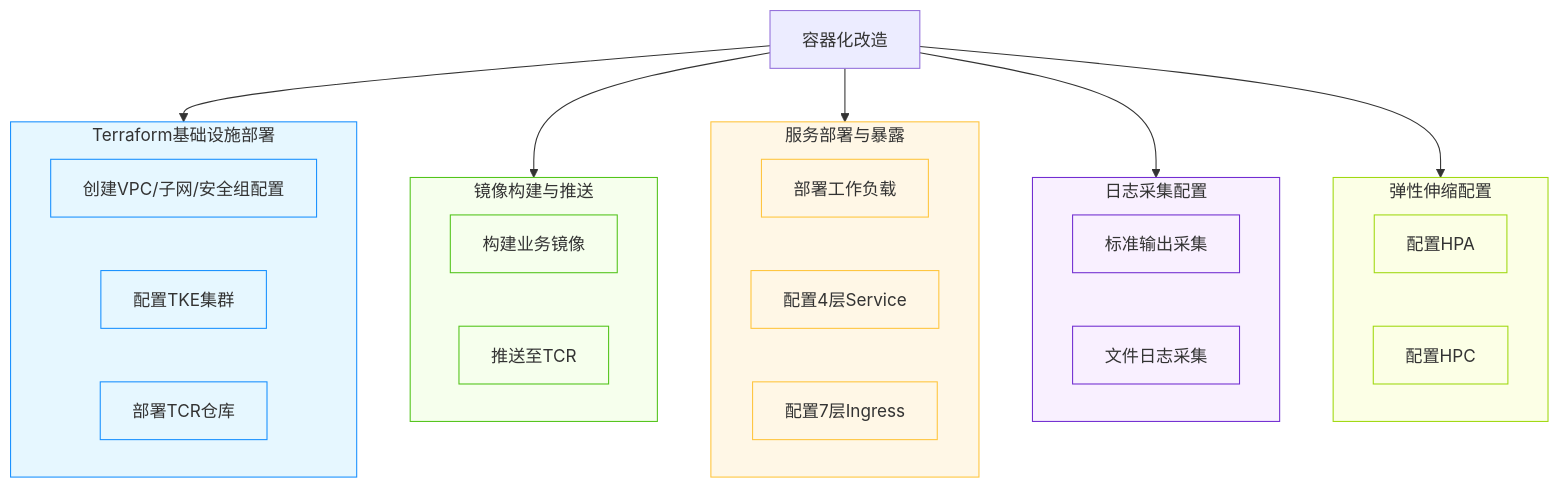
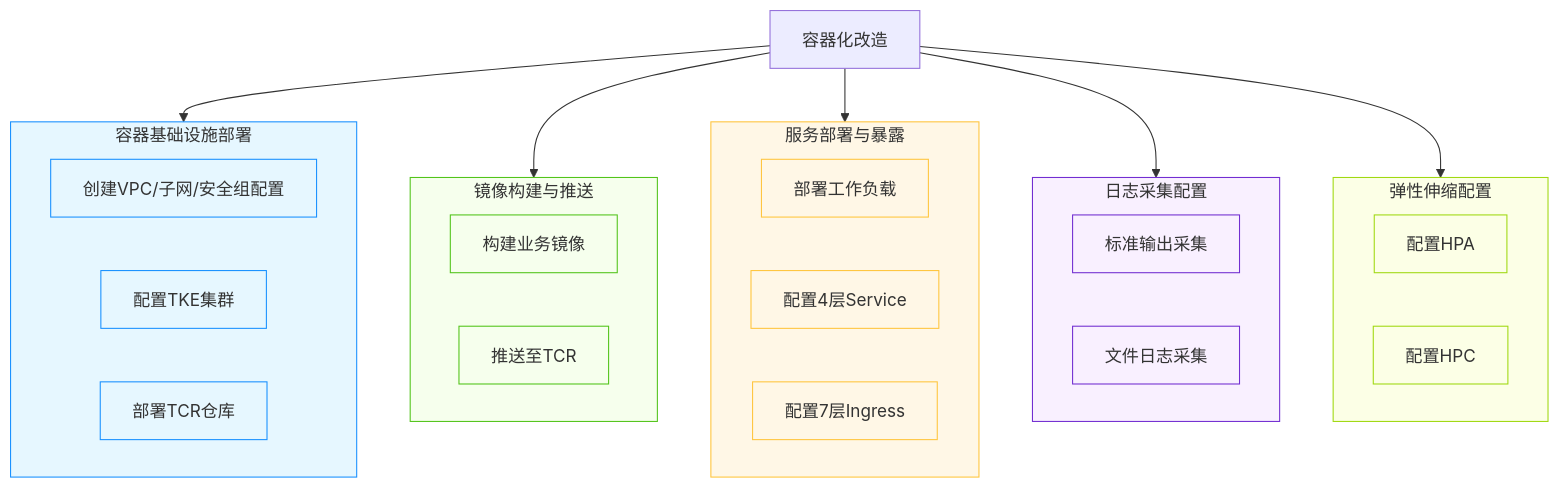
One commit to kestrelli/Enterprise-containerization-transformation changed the first of 2 diagrams in 容器化改造/README.md. Above: the diagram before and after it, drawn with Mermaid. The commit also changed other lines of this file, not shown here.

````diff
--- a/容器化改造/README.md
+++ b/容器化改造/README.md
@@ -19,70 +20,70 @@
 ```mermaid
 graph TD
     %% 主框架
     A[容器化改造]
-    A --> B[Terraform基础设施部署]
+    A --> B[容器基础设施部署]
     A --> C[镜像构建与推送]
     A --> D[服务部署与暴露]
     A --> E[日志采集配置]
     A --> F[弹性伸缩配置]
     
     %% 基础设施部署
-    subgraph B[Terraform基础设施部署]
+    subgraph B[容器基础设施部署]
         B1[创建VPC/子网/安全组配置]
         B2[配置TKE集群]
         B3[部署TCR仓库]
     end
     
     %% 镜像管理
     subgraph C[镜像构建与推送]
         C1[构建业务镜像]
         C2[推送至TCR]
     end
     
     %% 服务部署
     subgraph D[服务部署与暴露]
         D1[部署工作负载]
         D2[配置4层Service]
         D3[配置7层Ingress]
 
     end
     
     %% 精确日志采集配置
     subgraph E[日志采集配置]
        
         E4[标准输出采集]
         E5[文件日志采集]
   
     end
     
     %% 精确弹性伸缩配置
     subgraph F[弹性伸缩配置]
         F1[配置HPA]
         
         F2[配置HPC]
        
         
     
     end
     
     %% 依赖关系
    
     
     %% 样式定义
     classDef infra fill:#e6f7ff,stroke:#1890ff;
     classDef image fill:#f6ffed,stroke:#52c41a;
     classDef service fill:#fff7e6,stroke:#ffc53d;
     classDef logging fill:#f9f0ff,stroke:#722ed1;
     classDef scaling fill:#fcffe6,stroke:#a0d911;
     
     class B infra
     class C image
     class D service
     class E logging
     class F scaling
     class B1,B2,B3,B4,B5 infra
     class C1,C2 image
     class D1,D2,D3,D4 service
     class E1,E2,E3,E4,E5 logging
     class F1,F1a,F1b,F1c,F2,F2a,F2b,F2c scaling
 ```
````
